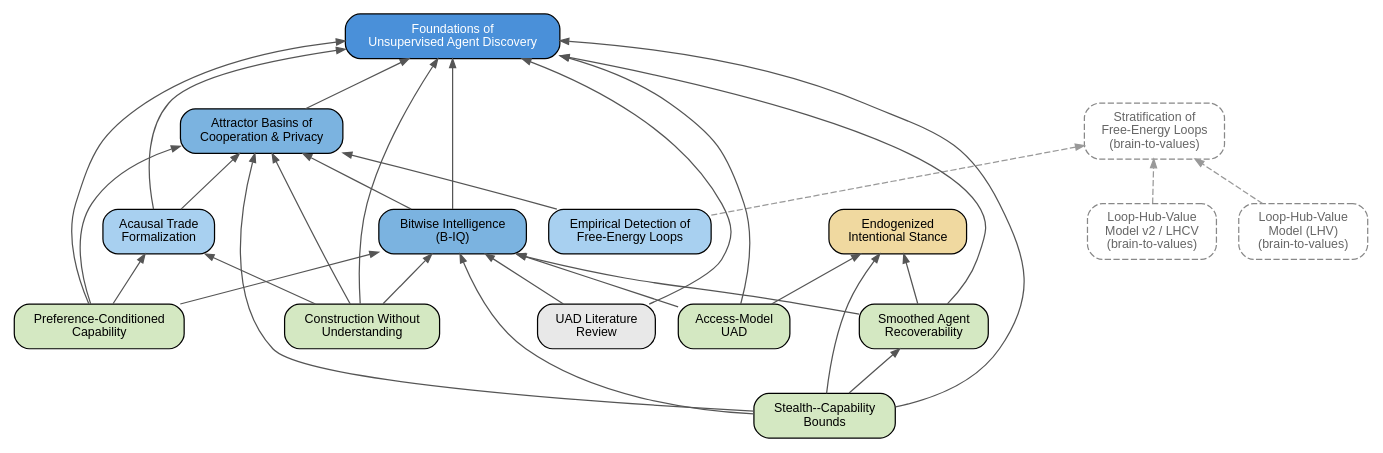
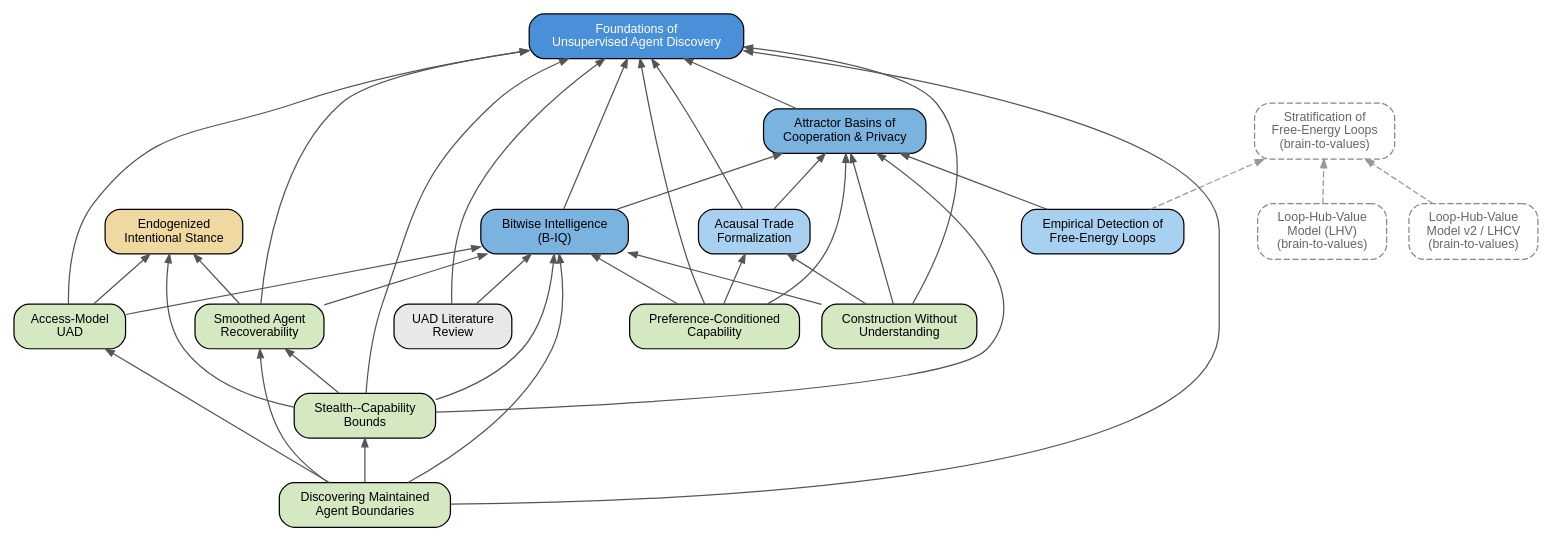
The diagram in docs/papers/paper-dependencies.dot (GunnarZarncke/agency-detect), drawn with Graphviz before and after one commit. The commit also changed 7 other files, not shown here.

First line of the commit message:
Add maintained-blanket paper to the UAD series

```diff
--- a/docs/papers/paper-dependencies.dot
+++ b/docs/papers/paper-dependencies.dot
@@ -1,72 +1,79 @@
 digraph paper_dependencies {
     rankdir=BT;
     fontname="Helvetica";
     node [shape=box, style="rounded,filled", fontname="Helvetica", fontsize=10, margin="0.15,0.08"];
     edge [color="#555555", arrowsize=0.7];
 
     // Foundation papers
     UAD  [label="Foundations of\nUnsupervised Agent Discovery", fillcolor="#4A90D9", fontcolor="white"];
 
     // Second-tier papers (build directly on foundations)
     ABC  [label="Attractor Basins of\nCooperation & Privacy", fillcolor="#7BB3E0"];
     BIQ  [label="Bitwise Intelligence\n(B-IQ)", fillcolor="#7BB3E0"];
 
     // Third-tier papers
     ACT  [label="Acausal Trade\nFormalization", fillcolor="#A8D0F0"];
     APP  [label="Empirical Detection of\nFree-Energy Loops", fillcolor="#A8D0F0"];
 
     // Extension / integrative papers
     ACC  [label="Access-Model\nUAD", fillcolor="#D4E8C2"];
     SCB  [label="Stealth--Capability\nBounds", fillcolor="#D4E8C2"];
     SMU  [label="Smoothed Agent\nRecoverability", fillcolor="#D4E8C2"];
+    MBU  [label="Discovering Maintained\nAgent Boundaries", fillcolor="#D4E8C2"];
     PCC  [label="Preference-Conditioned\nCapability", fillcolor="#D4E8C2"];
     CWU  [label="Construction Without\nUnderstanding", fillcolor="#D4E8C2"];
     LIT  [label="UAD Literature\nReview", fillcolor="#E8E8E8"];
     EIS  [label="Endogenized\nIntentional Stance", fillcolor="#F0D9A0"];
 
     // Papers in brain-to-values repo (dashed border)
     FEL  [label="Stratification of\nFree-Energy Loops\n(brain-to-values)", fillcolor="white", style="rounded,dashed", color="#888888", fontcolor="#666666"];
     LHV  [label="Loop-Hub-Value\nModel (LHV)\n(brain-to-values)", fillcolor="white", style="rounded,dashed", color="#888888", fontcolor="#666666"];
     LHV2 [label="Loop-Hub-Value\nModel v2 / LHCV\n(brain-to-values)", fillcolor="white", style="rounded,dashed", color="#888888", fontcolor="#666666"];
 
     // Edges: citing paper → cited paper
     ABC -> UAD;
     BIQ -> UAD;
     BIQ -> ABC;
 
     ACT -> UAD;
     ACT -> ABC;
 
     APP -> FEL [style=dashed, color="#999999"];
     APP -> ABC;
 
     LHV  -> FEL [style=dashed, color="#999999"];
     LHV2 -> FEL [style=dashed, color="#999999"];
 
     LIT -> UAD;
     LIT -> BIQ;
 
     PCC -> UAD;
     PCC -> BIQ;
     PCC -> ABC;
     PCC -> ACT;
 
     CWU -> UAD;
     CWU -> BIQ;
     CWU -> ABC;
     CWU -> ACT;
 
     ACC -> UAD;
     ACC -> EIS;
     ACC -> BIQ;
 
     SCB -> UAD;
     SCB -> BIQ;
     SCB -> ABC;
     SCB -> EIS;
     SCB -> SMU;
 
     SMU -> UAD;
     SMU -> BIQ;
     SMU -> EIS;
+
+    MBU -> UAD;
+    MBU -> BIQ;
+    MBU -> ACC;
+    MBU -> SMU;
+    MBU -> SCB;
 }
```
